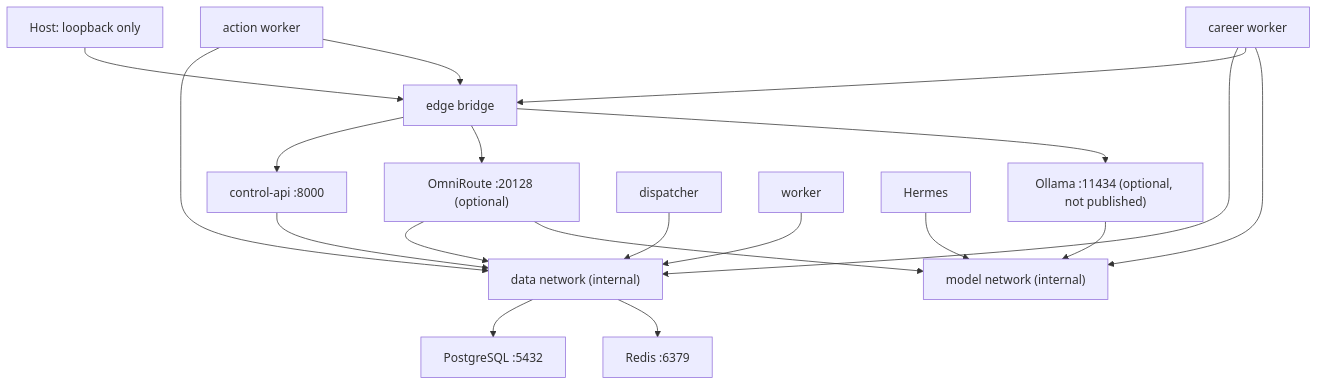
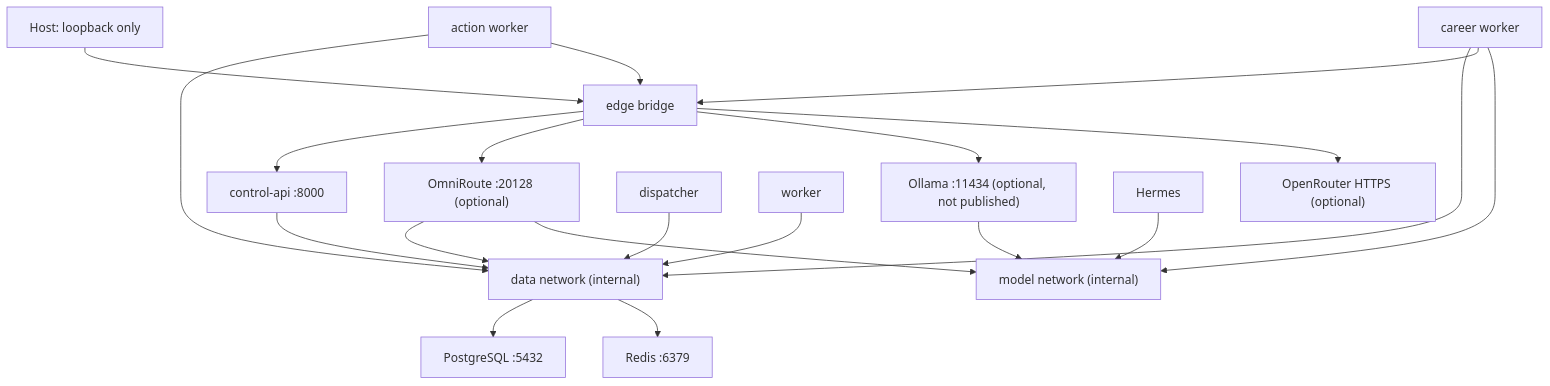
One commit to ReaperXD67/autonomous-personal-agent changed the diagram in docs/architecture/networking.md. Above: the diagram before and after it, drawn with Mermaid. The commit also changed other lines of this file and 41 other files, not shown here.

````diff
--- a/docs/architecture/networking.md
+++ b/docs/architecture/networking.md
@@ -3,23 +3,24 @@
 ```mermaid
 flowchart TB
     HOST["Host: loopback only"] --> EDGE["edge bridge"]
     EDGE --> API["control-api :8000"]
     EDGE --> OR["OmniRoute :20128 (optional)"]
     EDGE --> OL["Ollama :11434 (optional, not published)"]
 
     API --> DATA["data network (internal)"]
     DISPATCHER["dispatcher"] --> DATA
     WORKER["worker"] --> DATA
     JOB["career worker"] --> DATA
     JOB --> EDGE
+    EDGE --> OPENROUTER["OpenRouter HTTPS (optional)"]
     JOB --> MODEL
     ACTION["action worker"] --> DATA
     ACTION --> EDGE
     OR --> DATA
     DATA --> PG["PostgreSQL :5432"]
     DATA --> REDIS["Redis :6379"]
 
     H["Hermes"] --> MODEL["model network (internal)"]
     OR --> MODEL
     OL --> MODEL
 ```
````
